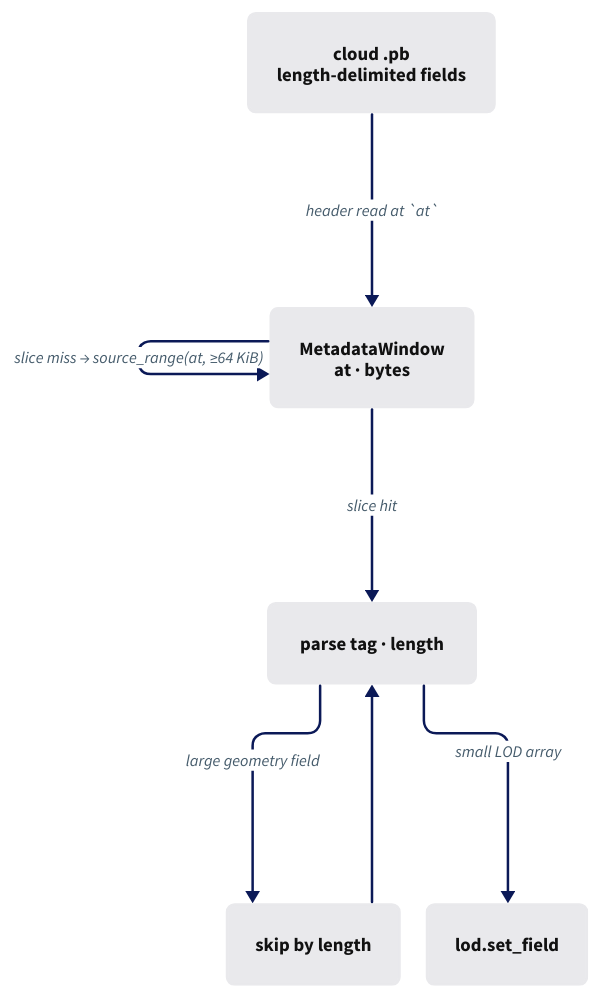
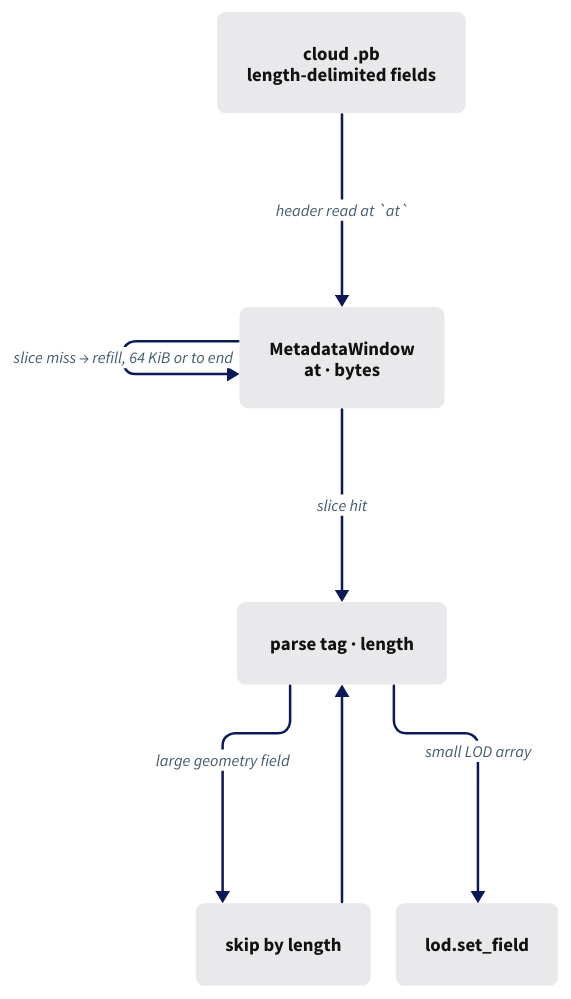
The diagram in session_viewer/docs/diagrams/15-01.d2 (petrasvestartas/session), drawn with D2 before and after one commit. The commit also changed 47 other files, not shown here.

```diff
--- a/session_viewer/docs/diagrams/15-01.d2
+++ b/session_viewer/docs/diagrams/15-01.d2
@@ -1,20 +1,20 @@
 vars: { d2-config: { layout-engine: elk; pad: 20; theme-id: 0 } }
 style: { fill: "#ffffff" }
 classes: {
   box:   { style: { fill: "#e9e9ec"; stroke: "#e9e9ec"; border-radius: 6; font-size: 15; font-color: "#111111" } }
   focus: { style: { fill: "#fa9ebc"; stroke: "#fa9ebc"; border-radius: 6; font-size: 15; font-color: "#111111" } }
 }
 direction: down
 
 C: "cloud .pb\nlength-delimited fields" { class: box }
 W: "MetadataWindow\nat · bytes" { class: box }
 P: "parse tag · length" { class: box }
 S: "skip by length" { class: box }
 L: "lod.set_field" { class: box }
 
 C -> W: "header read at `at`" { style: { stroke: "#0b1957"; stroke-width: 2; font-size: 13; font-color: "#455b6b" } }
 W -> P: "slice hit" { style: { stroke: "#0b1957"; stroke-width: 2; font-size: 13; font-color: "#455b6b" } }
-W -> W: "slice miss → source_range(at, ≥64 KiB)" { style: { stroke: "#0b1957"; stroke-width: 2; font-size: 13; font-color: "#455b6b" } }
+W -> W: "slice miss → refill, 64 KiB or to end" { style: { stroke: "#0b1957"; stroke-width: 2; font-size: 13; font-color: "#455b6b" } }
 P -> S: "large geometry field" { style: { stroke: "#0b1957"; stroke-width: 2; font-size: 13; font-color: "#455b6b" } }
 P -> L: "small LOD array" { style: { stroke: "#0b1957"; stroke-width: 2; font-size: 13; font-color: "#455b6b" } }
 S -> P { style: { stroke: "#0b1957"; stroke-width: 2; font-size: 13; font-color: "#455b6b" } }
```
